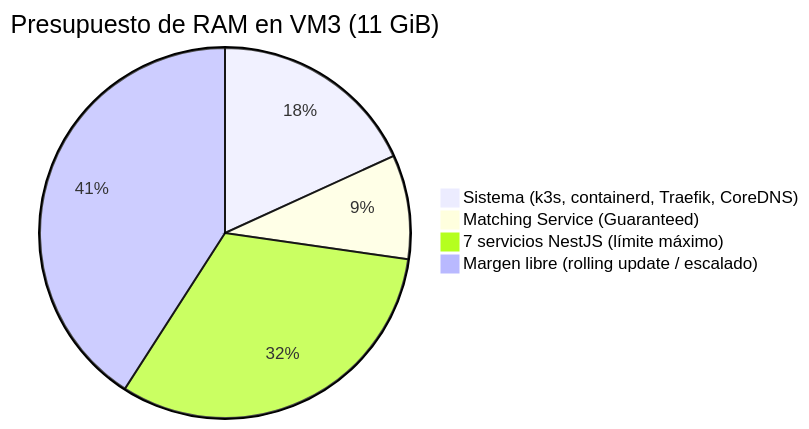
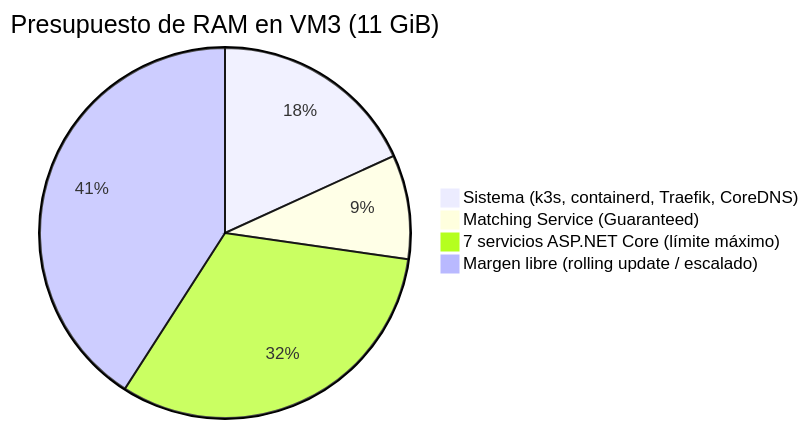
Before and after one commit to sebas0430/Arquitectura: the second of 5 diagrams in docs/infrastructure/INFRASTRUCTURE.md, drawn with Mermaid. The commit also changed other lines of this file and 63 other files, not shown here.

Commit message:
docs(architecture): unificar stack y crear base del monorepo

````diff
--- a/docs/infrastructure/INFRASTRUCTURE.md
+++ b/docs/infrastructure/INFRASTRUCTURE.md
@@ -259,7 +259,7 @@
 ```mermaid
 pie title Presupuesto de RAM en VM3 (11 GiB)
     "Sistema (k3s, containerd, Traefik, CoreDNS)" : 2
     "Matching Service (Guaranteed)" : 1
-    "7 servicios NestJS (límite máximo)" : 3.5
+    "7 servicios ASP.NET Core (límite máximo)" : 3.5
     "Margen libre (rolling update / escalado)" : 4.5
 ```
````
